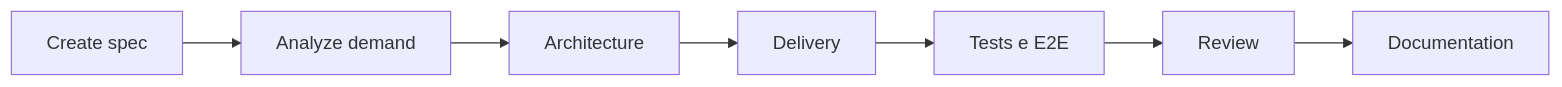
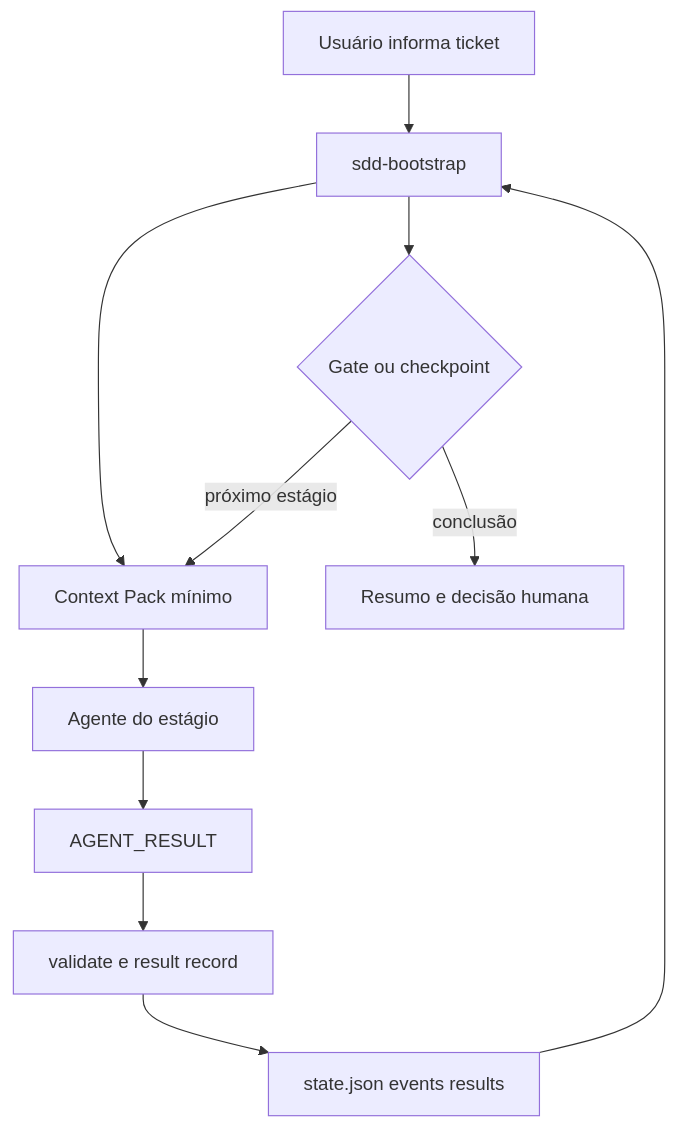
One commit to fellipemauriciosilva/sdd-toolkit changed the diagram in README.md. Above: the diagram before and after it, drawn with Mermaid. The commit also changed 105 other files, not shown here.

Commit message:
feat: add context pack orchestration

````diff
--- a/README.md
+++ b/README.md
@@ -62,9 +62,13 @@
 ```mermaid
-flowchart LR
-    S[Create spec] --> A[Analyze demand]
-    A --> AR[Architecture]
-    AR --> D[Delivery]
-    D --> T[Tests e E2E]
-    T --> R[Review]
-    R --> DOC[Documentation]
+flowchart TB
+    U[Usuário informa ticket] --> B[sdd-bootstrap]
+    B --> P[Context Pack mínimo]
+    P --> A[Agente do estágio]
+    A --> R[AGENT_RESULT]
+    R --> V[validate e result record]
+    V --> S[state.json events results]
+    S --> B
+    B --> G{Gate ou checkpoint}
+    G -->|próximo estágio| P
+    G -->|conclusão| F[Resumo e decisão humana]
 ```
````
